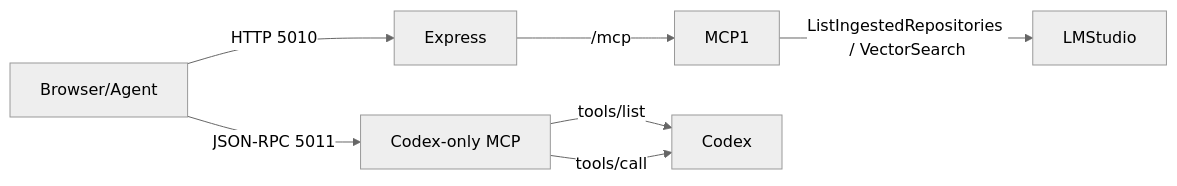
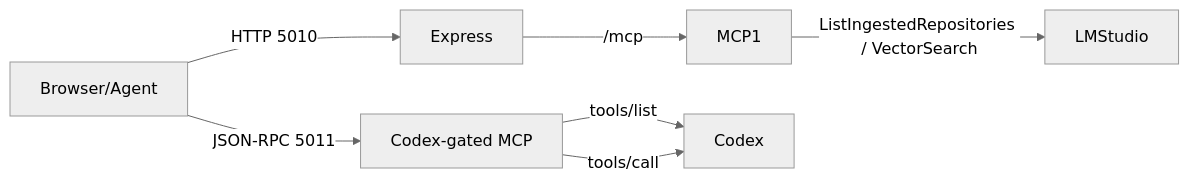
Diagram 14 of 19 in design.md (Chargeuk/codeInfo2), drawn with Mermaid (neutral theme) before and after one commit. The commit also changed other lines of this file and 4 other files, not shown here.

````diff
--- a/design.md
+++ b/design.md
@@ -477,9 +500,9 @@
 ```mermaid
 flowchart LR
   Browser/Agent -- HTTP 5010 --> Express
   Express -->|/mcp| MCP1
-  Browser/Agent -- JSON-RPC 5011 --> MCP2[Codex-only MCP]
+  Browser/Agent -- JSON-RPC 5011 --> MCP2[Codex-gated MCP]
   MCP2 -->|tools/list| Codex
   MCP2 -->|tools/call| Codex
   MCP1 -->|ListIngestedRepositories / VectorSearch| LMStudio
 ```
````
